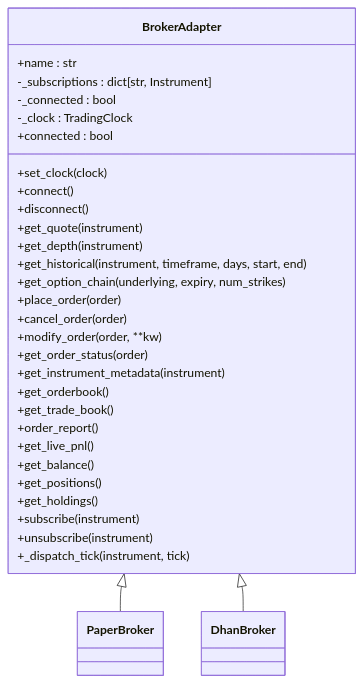
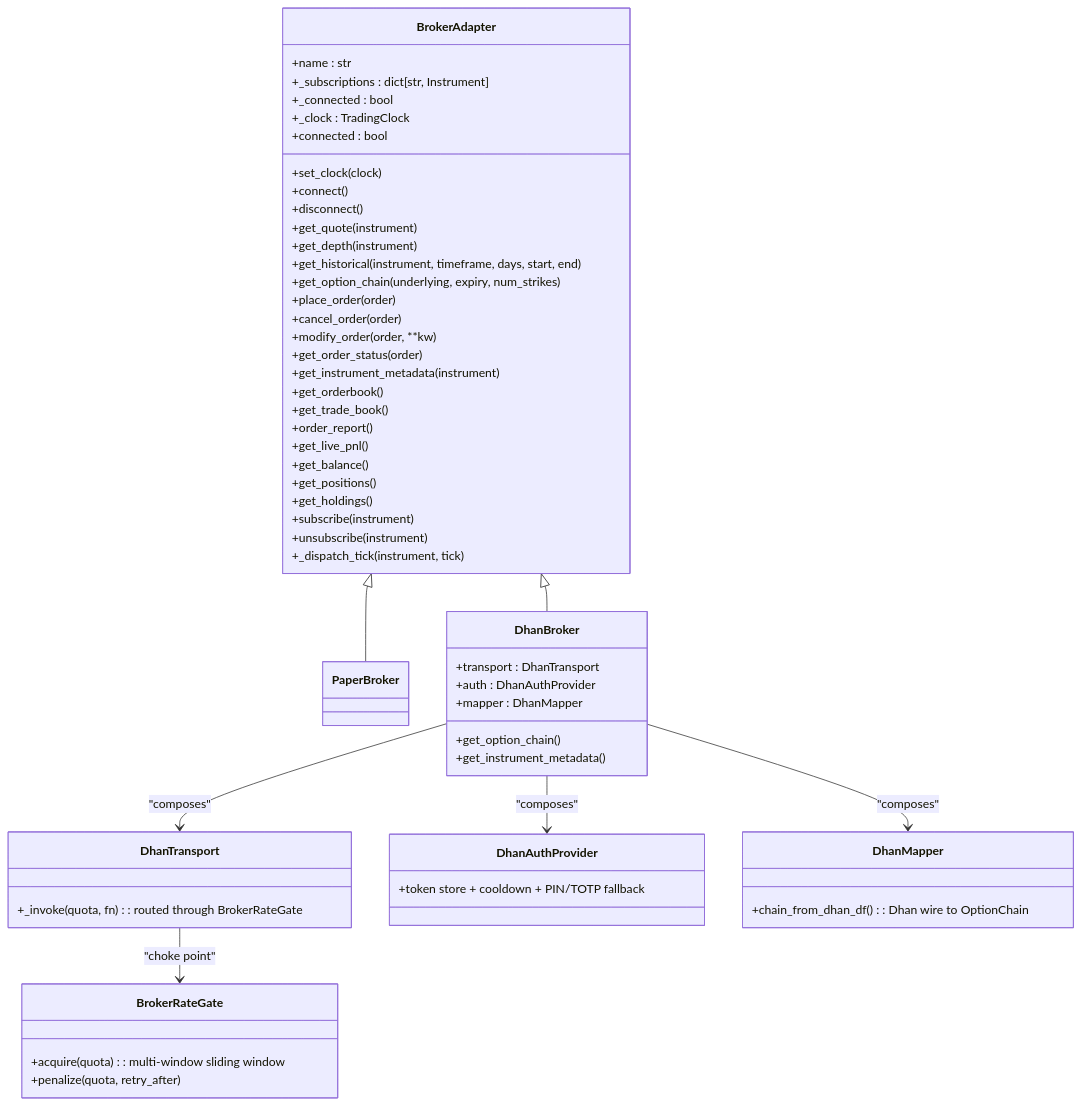
One commit to Ganesh-Kusundal/nTrade changed the seventh of 9 diagrams in .qoder/repowiki/en/content/Project Overview.md. Above: the diagram before and after it, drawn with Mermaid. The commit also changed other lines of this file and 2201 other files, not shown here.

Commit message:
Integrate completeness: live runner hardening, broker adapter layers, rate-limiting infrastructure, data pipeline (parquet OHLCV + ingestion scripts), contract testing framework, options analytics, and updated architecture/knowledge docs

````diff
--- a/.qoder/repowiki/en/content/Project Overview.md
+++ b/.qoder/repowiki/en/content/Project Overview.md
@@ -372,38 +428,60 @@
 ```mermaid
 classDiagram
 class BrokerAdapter {
 +name : str
--_subscriptions : dict[str, Instrument]
--_connected : bool
--_clock : TradingClock
++_subscriptions : dict[str, Instrument]
++_connected : bool
++_clock : TradingClock
 +set_clock(clock)
 +connect()
 +disconnect()
 +connected : bool
 +get_quote(instrument)
 +get_depth(instrument)
 +get_historical(instrument, timeframe, days, start, end)
 +get_option_chain(underlying, expiry, num_strikes)
 +place_order(order)
 +cancel_order(order)
 +modify_order(order, **kw)
 +get_order_status(order)
 +get_instrument_metadata(instrument)
 +get_orderbook()
 +get_trade_book()
 +order_report()
 +get_live_pnl()
 +get_balance()
 +get_positions()
 +get_holdings()
 +subscribe(instrument)
 +unsubscribe(instrument)
 +_dispatch_tick(instrument, tick)
 }
 class PaperBroker {
 }
 class DhanBroker {
++transport : DhanTransport
++auth : DhanAuthProvider
++mapper : DhanMapper
++get_option_chain()
++get_instrument_metadata()
+}
+class DhanTransport {
++_invoke(quota, fn) : routed through BrokerRateGate
+}
+class DhanAuthProvider {
++token store + cooldown + PIN/TOTP fallback
+}
+class DhanMapper {
++chain_from_dhan_df() : Dhan wire to OptionChain
+}
+class BrokerRateGate {
++acquire(quota) : multi-window sliding window
++penalize(quota, retry_after)
 }
 BrokerAdapter <|-- PaperBroker
 BrokerAdapter <|-- DhanBroker
+DhanBroker --> DhanTransport : "composes"
+DhanBroker --> DhanAuthProvider : "composes"
+DhanBroker --> DhanMapper : "composes"
+DhanTransport --> BrokerRateGate : "choke point"
 ```
````
